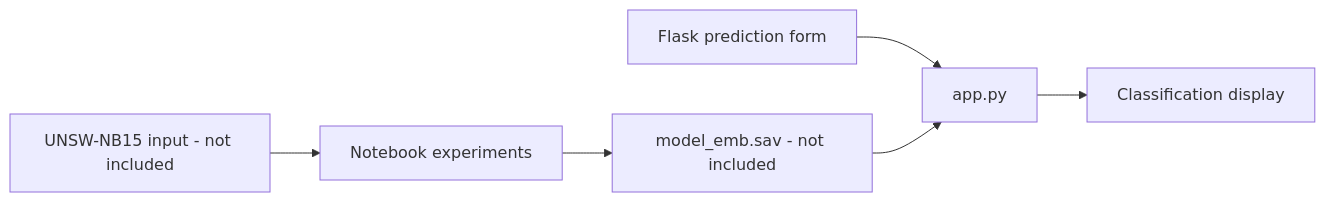
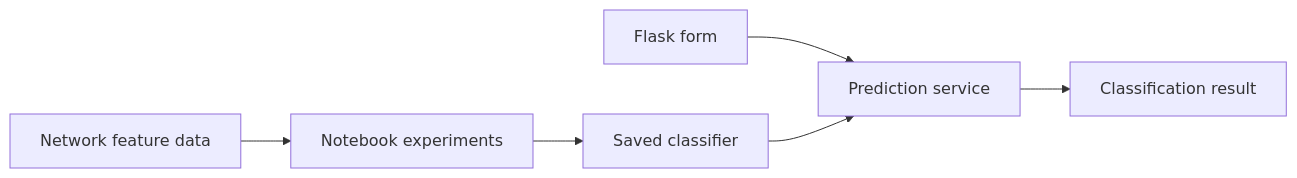
One commit to aneeshreddy2304/Sentinel- changed the diagram in README.md. Above: the diagram before and after it, drawn with Mermaid. The commit also changed other lines of this file and 5 other files, not shown here.

````diff
--- a/README.md
+++ b/README.md
@@ -15,8 +24,8 @@
 ```mermaid
 flowchart LR
-    DATA[UNSW-NB15 input - not included] --> NB[Notebook experiments]
-    NB --> MODEL[model_emb.sav - not included]
-    FORM[Flask prediction form] --> APP[app.py]
-    MODEL --> APP
-    APP --> RESULT[Classification display]
+  A[Network feature data] --> B[Notebook experiments]
+  B --> C[Saved classifier]
+  D[Flask form] --> E[Prediction service]
+  C --> E
+  E --> F[Classification result]
 ```
````
